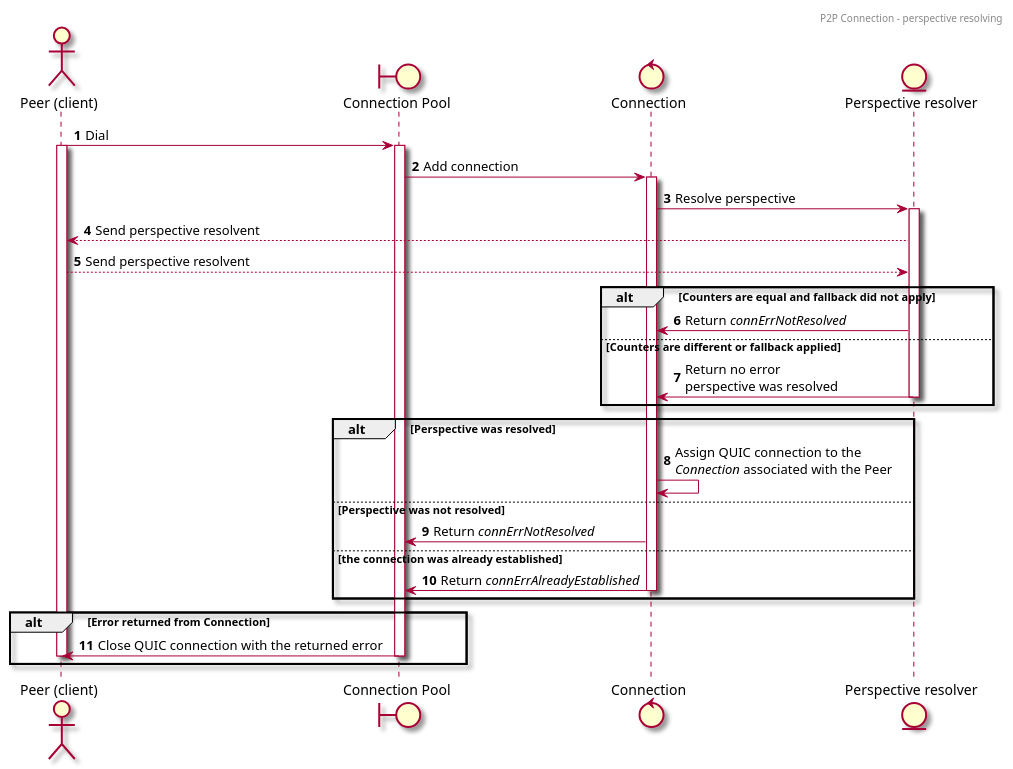
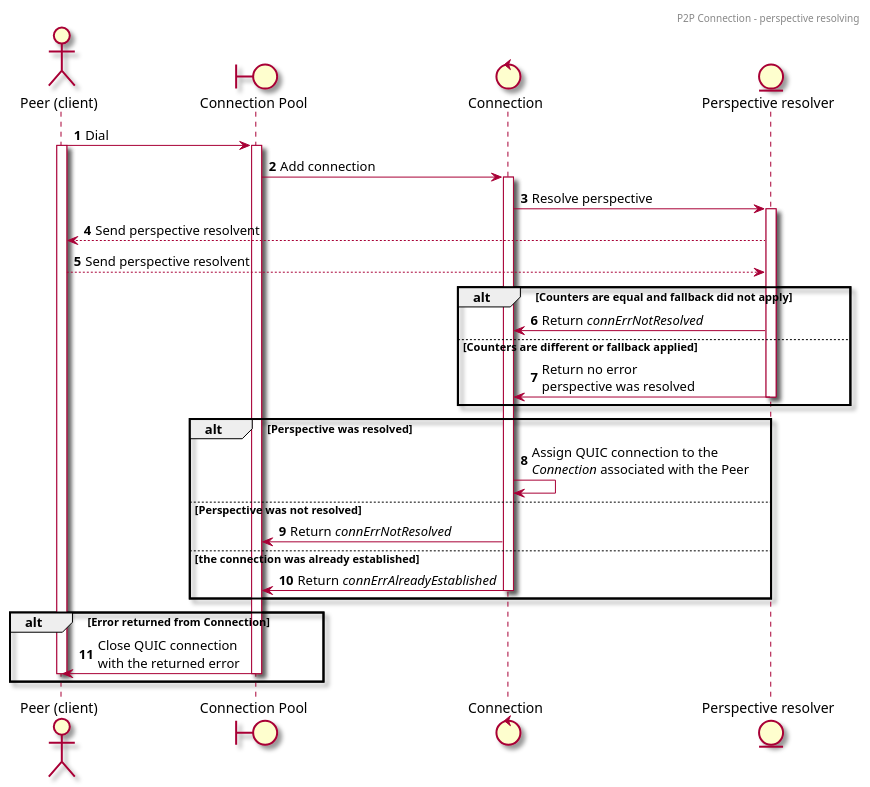
One commit to Zamerykanizowana/replicated-file-system changed the diagram in docs/perspective_resolving.puml. Above: the diagram before and after it, drawn with PlantUML. The commit also changed 1 other file, not shown here.

Commit message:
chore(docs): update perspective_resolving diagram

```diff
--- a/docs/perspective_resolving.puml
+++ b/docs/perspective_resolving.puml
@@ -1,41 +1,41 @@
 @startuml
 'https://plantuml.com/sequence-diagram
 
 skin rose
 
 header P2P Connection - perspective resolving
 
 actor "Peer (client)" as Peer
 boundary "Connection Pool" as pool
 control Connection as conn
 entity "Perspective resolver" as resolver
 
 autonumber
 
 Peer -> pool ++ : Dial
 activate Peer
 pool -> conn ++ : Add connection
 conn -> resolver ++ : Resolve perspective
 resolver --> Peer: Send perspective resolvent
 Peer --> resolver : Send perspective resolvent
 
 alt Counters are equal and fallback did not apply
     resolver -> conn : Return //connErrNotResolved//
 else Counters are different or fallback applied
     resolver -> conn -- : Return no error\nperspective was resolved
 end
 
 alt Perspective was resolved
     conn -> conn : Assign QUIC connection to the\n//Connection// associated with the Peer
 else Perspective was not resolved
     conn -> pool : Return //connErrNotResolved//
 else the connection was already established
     conn -> pool -- : Return //connErrAlreadyEstablished//
 end
 
 alt Error returned from Connection
-    pool -> Peer -- : Close QUIC connection with the returned error
+    pool -> Peer -- : Close QUIC connection\nwith the returned error
     deactivate Peer
 end
 
 @enduml
```
